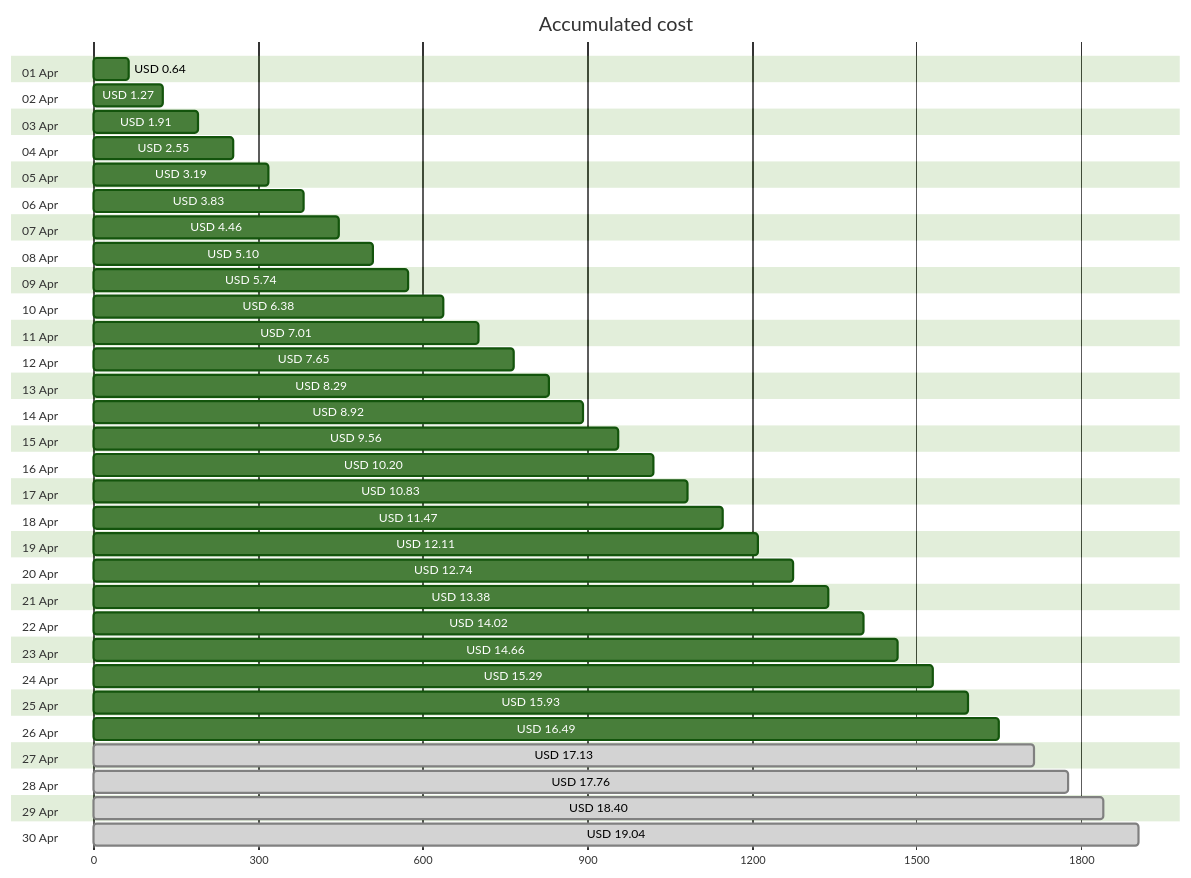
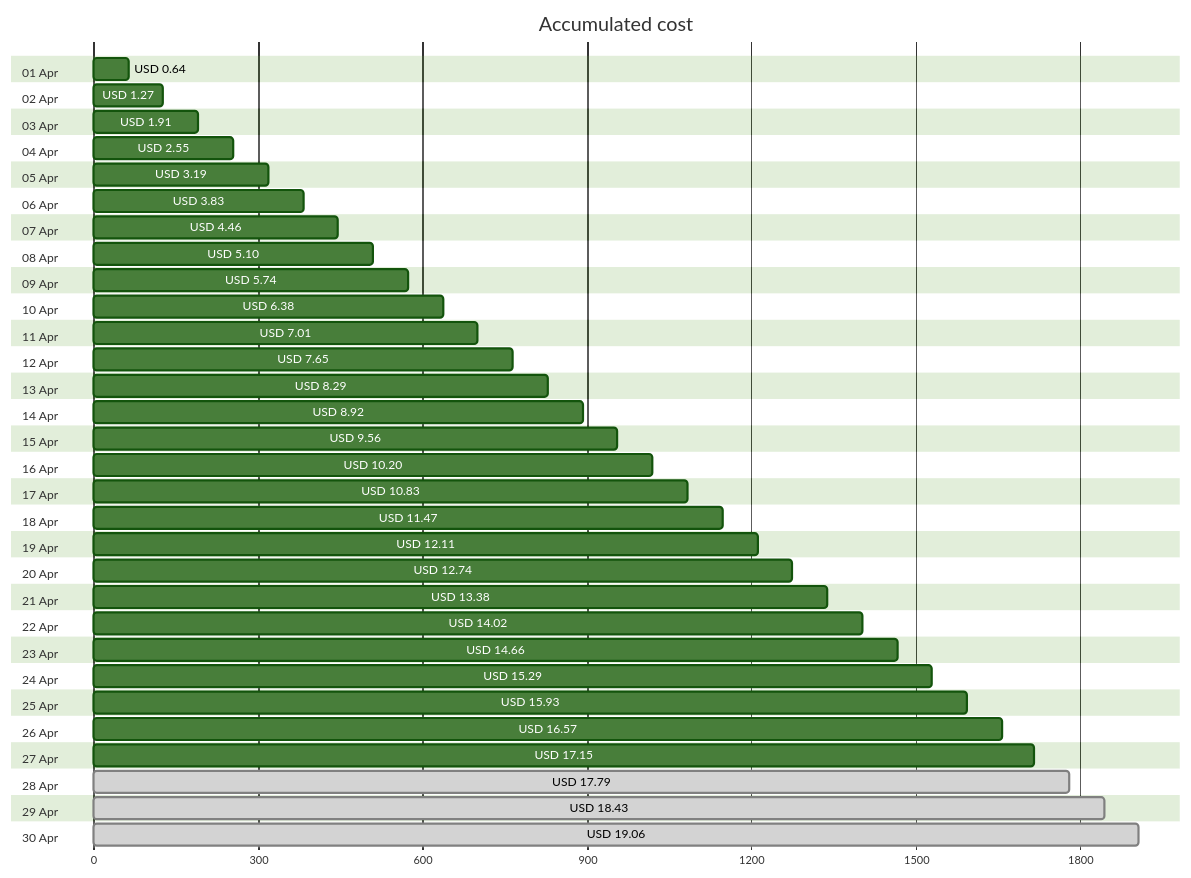
One commit to jpfulton/azure-personal-reports changed the first of 4 diagrams in cost-reports/accumulated-cost.md. Above: the diagram before and after it, drawn with Mermaid (forest theme). The commit also changed other lines of this file and 4 other files, not shown here.

````diff
--- a/cost-reports/accumulated-cost.md
+++ b/cost-reports/accumulated-cost.md
@@ -20,66 +20,66 @@
 ```mermaid
 gantt
    title Accumulated cost
    dateFormat  X
    axisFormat %s
    section 01 Apr
    USD 0.64 :0, 64
    section 02 Apr
    USD 1.27 :0, 127
    section 03 Apr
    USD 1.91 :0, 191
    section 04 Apr
    USD 2.55 :0, 255
    section 05 Apr
    USD 3.19 :0, 319
    section 06 Apr
    USD 3.83 :0, 383
    section 07 Apr
    USD 4.46 :0, 446
    section 08 Apr
    USD 5.10 :0, 510
    section 09 Apr
    USD 5.74 :0, 574
    section 10 Apr
    USD 6.38 :0, 638
    section 11 Apr
    USD 7.01 :0, 701
    section 12 Apr
    USD 7.65 :0, 765
    section 13 Apr
    USD 8.29 :0, 829
    section 14 Apr
    USD 8.92 :0, 892
    section 15 Apr
    USD 9.56 :0, 956
    section 16 Apr
    USD 10.20 :0, 1020
    section 17 Apr
    USD 10.83 :0, 1083
    section 18 Apr
    USD 11.47 :0, 1147
    section 19 Apr
    USD 12.11 :0, 1211
    section 20 Apr
    USD 12.74 :0, 1274
    section 21 Apr
    USD 13.38 :0, 1338
    section 22 Apr
    USD 14.02 :0, 1402
    section 23 Apr
    USD 14.66 :0, 1466
    section 24 Apr
    USD 15.29 :0, 1529
    section 25 Apr
    USD 15.93 :0, 1593
    section 26 Apr
-   USD 16.49 :0, 1649
+   USD 16.57 :0, 1657
    section 27 Apr
-   USD 17.13 : done, 0, 1713
+   USD 17.15 :0, 1715
    section 28 Apr
-   USD 17.76 : done, 0, 1776
+   USD 17.79 : done, 0, 1779
    section 29 Apr
-   USD 18.40 : done, 0, 1840
+   USD 18.43 : done, 0, 1843
    section 30 Apr
-   USD 19.04 : done, 0, 1904
+   USD 19.06 : done, 0, 1906
 ```
````
